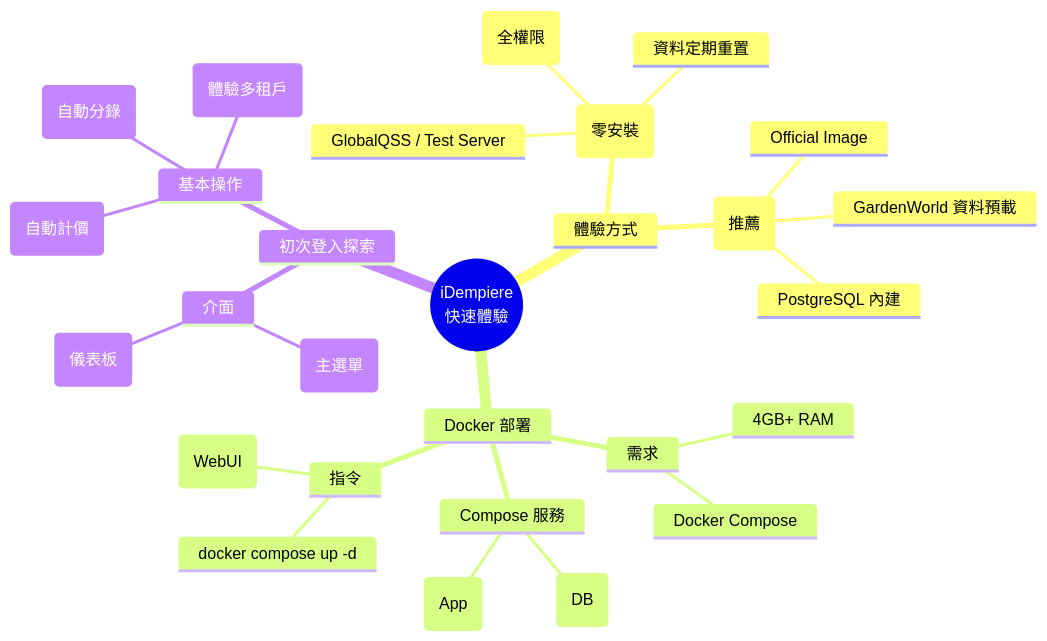
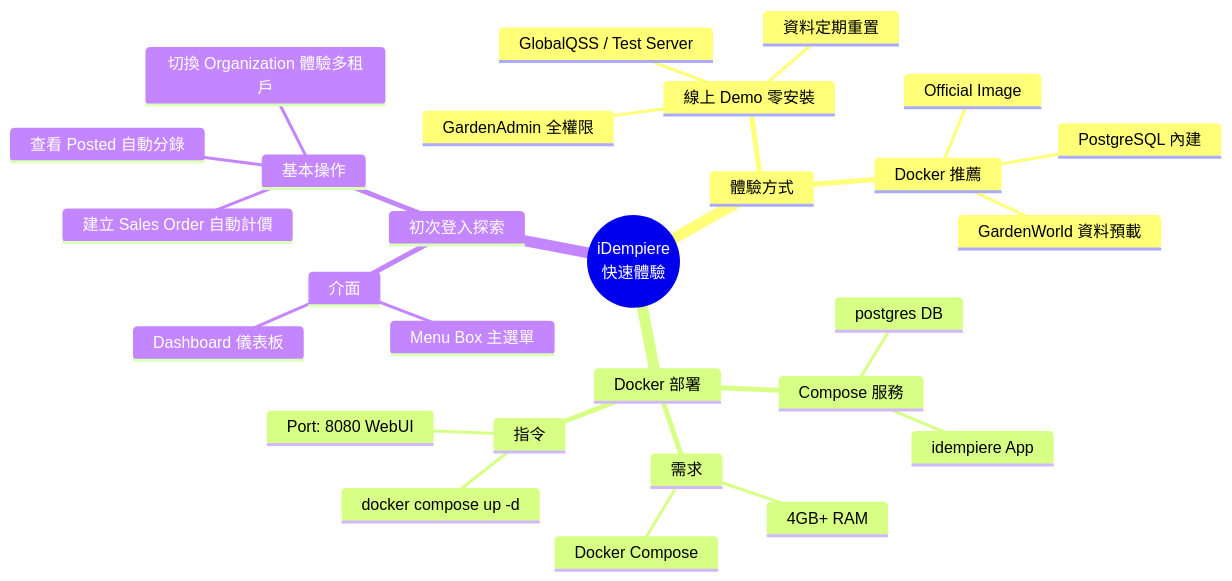
Before and after one commit to nczz/claw_notes: the fourth of 15 diagrams in iDempiere_Notes.md, drawn with Mermaid. The commit also changed other lines of this file, not shown here.

Commit message:
Fix mermaid syntax error: remove parentheses in node text

````diff
--- a/iDempiere_Notes.md
+++ b/iDempiere_Notes.md
@@ -331,34 +331,34 @@
 ```mermaid
 mindmap
   root((iDempiere<br/>快速體驗))
     體驗方式
-      線上 Demo (零安裝)
+      線上 Demo 零安裝
         ::icon(fa fa-cloud)
         GlobalQSS / Test Server
-        GardenAdmin (全權限)
+        GardenAdmin 全權限
         資料定期重置
-      Docker (推薦)
+      Docker 推薦
         ::icon(fa fa-docker)
         Official Image
         PostgreSQL 內建
         GardenWorld 資料預載
     Docker 部署
       需求
         4GB+ RAM
         Docker Compose
       Compose 服務
-        idempiere (App)
-        postgres (DB)
+        idempiere App
+        postgres DB
       指令
         docker compose up -d
-        Port: 8080 (WebUI)
+        Port: 8080 WebUI
     初次登入探索
       介面
-        Menu Box (主選單)
-        Dashboard (儀表板)
+        Menu Box 主選單
+        Dashboard 儀表板
       基本操作
         ::icon(fa fa-check-square)
-        建立 Sales Order (自動計價)
-        查看 Posted (自動分錄)
-        切換 Organization (體驗多租戶)
+        建立 Sales Order 自動計價
+        查看 Posted 自動分錄
+        切換 Organization 體驗多租戶
 ```
````
